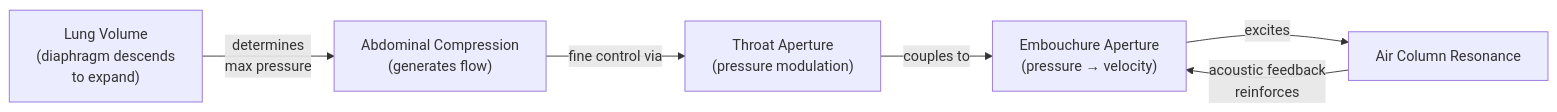
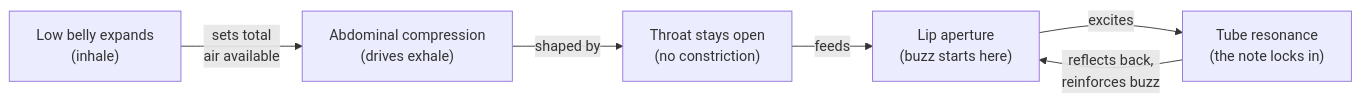
The first of 2 diagrams in topics/arts/music_performance/brass/lesson_01_brass_techniques.md (blebleblee/synapse), drawn with Mermaid before and after one commit. The commit also changed other lines of this file and 4 other files, not shown here.

````diff
--- a/topics/arts/music_performance/brass/lesson_01_brass_techniques.md
+++ b/topics/arts/music_performance/brass/lesson_01_brass_techniques.md
@@ -47,8 +25,8 @@
 ```mermaid
 graph LR
-    A["Lung Volume<br/>(diaphragm descends<br/>to expand)"] -->|"determines<br/>max pressure"| B["Abdominal Compression<br/>(generates flow)"]
-    B -->|"fine control via"| C["Throat Aperture<br/>(pressure modulation)"]
-    C -->|"couples to"| D["Embouchure Aperture<br/>(pressure → velocity)"]
-    D -->|"excites"| E["Air Column Resonance"]
-    E -->|"acoustic feedback<br/>reinforces"| D
+    A["Low belly expands<br/>(inhale)"] -->|"sets total<br/>air available"| B["Abdominal compression<br/>(drives exhale)"]
+    B -->|"shaped by"| C["Throat stays open<br/>(no constriction)"]
+    C -->|"feeds"| D["Lip aperture<br/>(buzz starts here)"]
+    D -->|"excites"| E["Tube resonance<br/>(the note locks in)"]
+    E -->|"reflects back,<br/>reinforces buzz"| D
 ```
````
